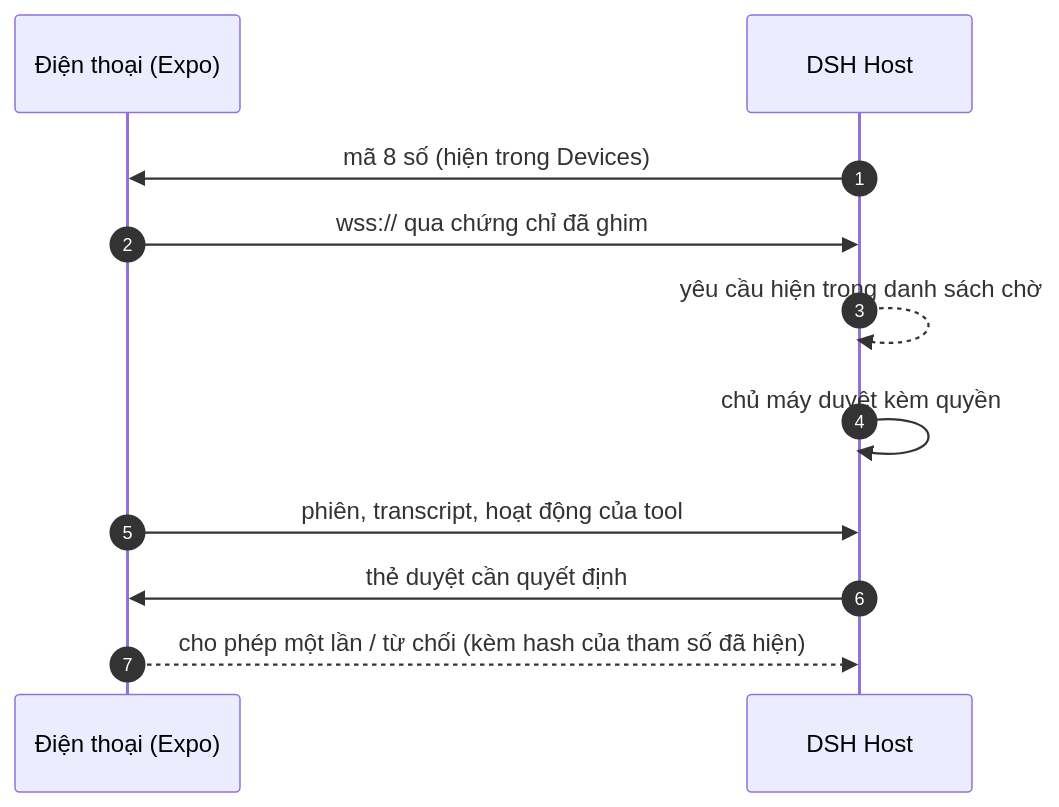
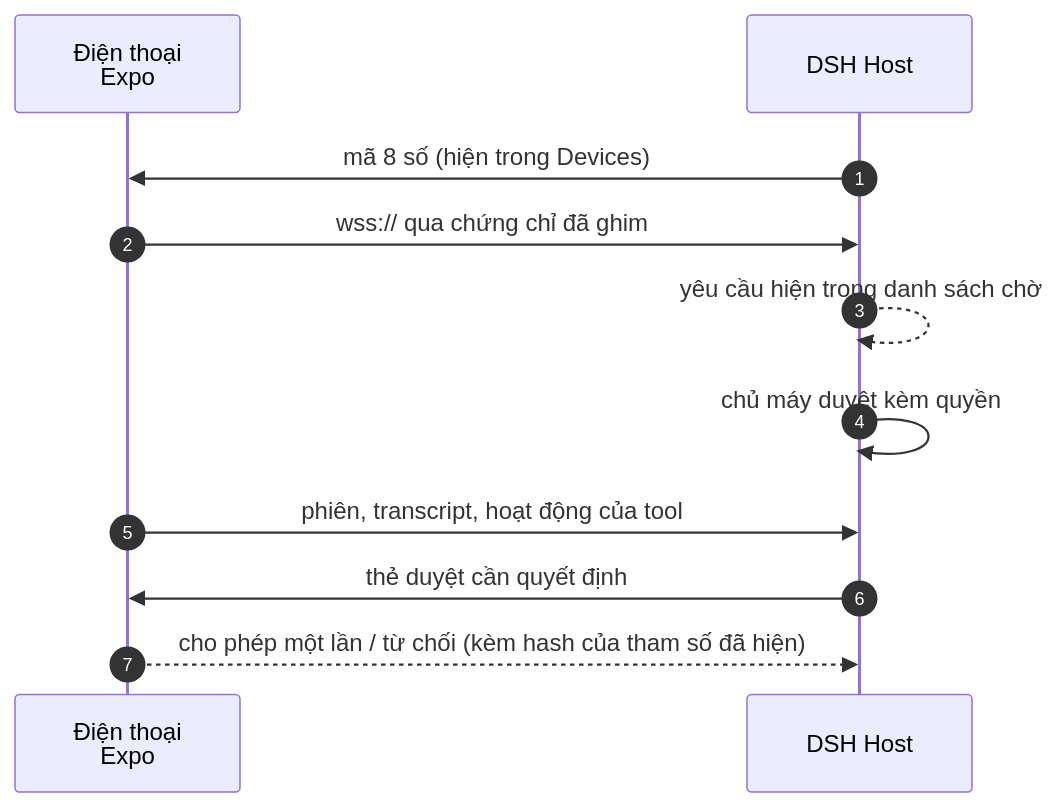
Before and after one commit to nesteacold/dsh-remote: the third of 5 diagrams in README.vi.md, drawn with Mermaid. The commit also changed other lines of this file and 1 other file, not shown here.

First line of the commit message:
docs: keep mermaid participant labels free of parentheses

````diff
--- a/README.vi.md
+++ b/README.vi.md
@@ -137,14 +137,14 @@
 ```mermaid
 sequenceDiagram
     autonumber
-    participant Phone as Điện thoại (Expo)
+    participant Phone as Điện thoại<br/>Expo
     participant Host as DSH Host
 
     Host->>Phone: mã 8 số (hiện trong Devices)
     Phone->>Host: wss:// qua chứng chỉ đã ghim
     Host-->>Host: yêu cầu hiện trong danh sách chờ
     Host->>Host: chủ máy duyệt kèm quyền
     Phone->>Host: phiên, transcript, hoạt động của tool
     Host->>Phone: thẻ duyệt cần quyết định
     Phone-->>Host: cho phép một lần / từ chối (kèm hash của tham số đã hiện)
 ```
````
